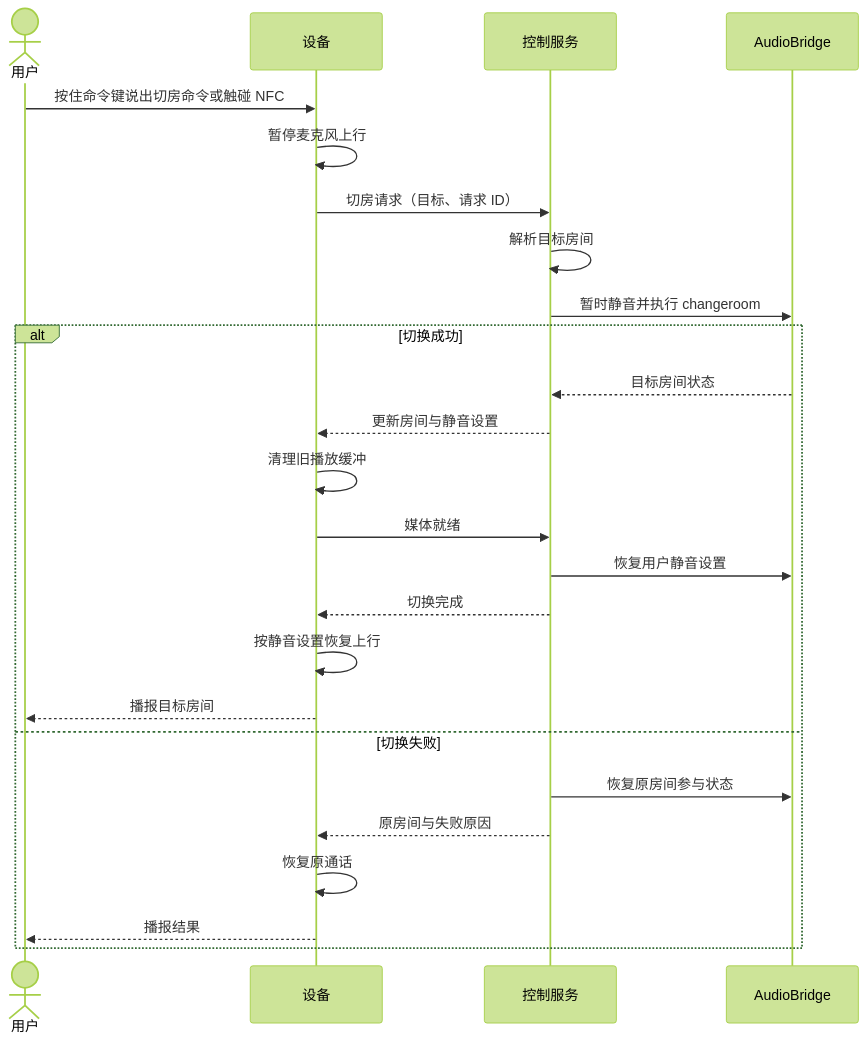
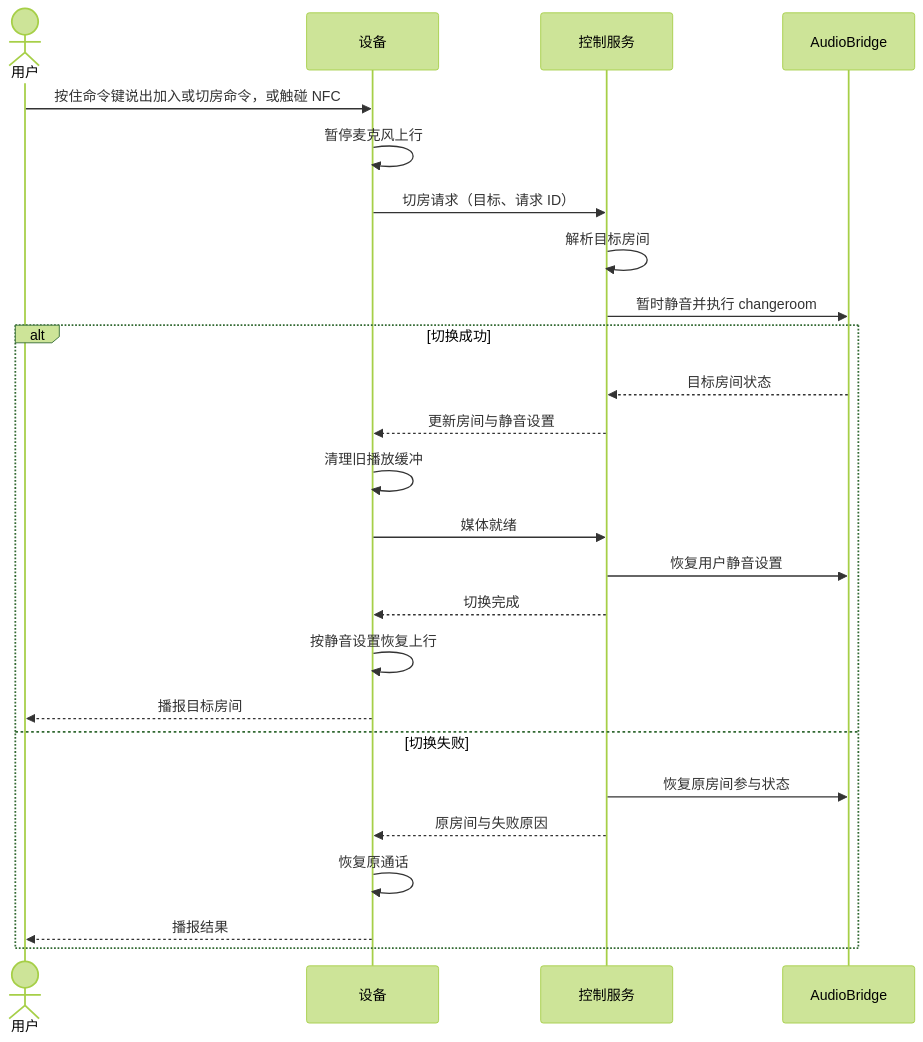
Before and after one commit to Shi1xin/linx-intercom: the fifth of 7 diagrams in docs/architecture-design.md, drawn with Mermaid (forest theme). The commit also changed other lines of this file and 1 other file, not shown here.

````diff
--- a/docs/architecture-design.md
+++ b/docs/architecture-design.md
@@ -146,27 +149,27 @@
 ```mermaid
 sequenceDiagram
     actor U as 用户
     participant D as 设备
     participant C as 控制服务
     participant J as AudioBridge
-    U->>D: 按住命令键说出切房命令或触碰 NFC
+    U->>D: 按住命令键说出加入或切房命令，或触碰 NFC
     D->>D: 暂停麦克风上行
     D->>C: 切房请求（目标、请求 ID）
     C->>C: 解析目标房间
     C->>J: 暂时静音并执行 changeroom
     alt 切换成功
         J-->>C: 目标房间状态
         C-->>D: 更新房间与静音设置
         D->>D: 清理旧播放缓冲
         D->>C: 媒体就绪
         C->>J: 恢复用户静音设置
         C-->>D: 切换完成
         D->>D: 按静音设置恢复上行
         D-->>U: 播报目标房间
     else 切换失败
         C->>J: 恢复原房间参与状态
         C-->>D: 原房间与失败原因
         D->>D: 恢复原通话
         D-->>U: 播报结果
     end
 ```
````
